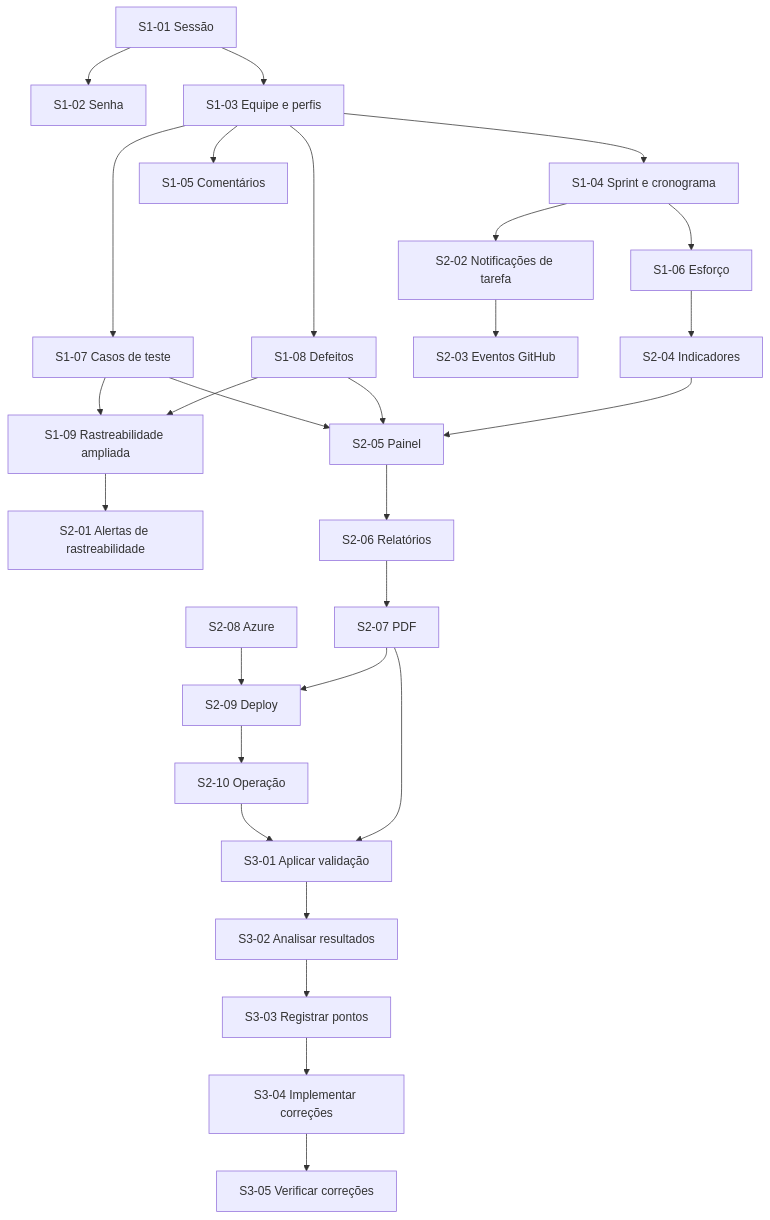
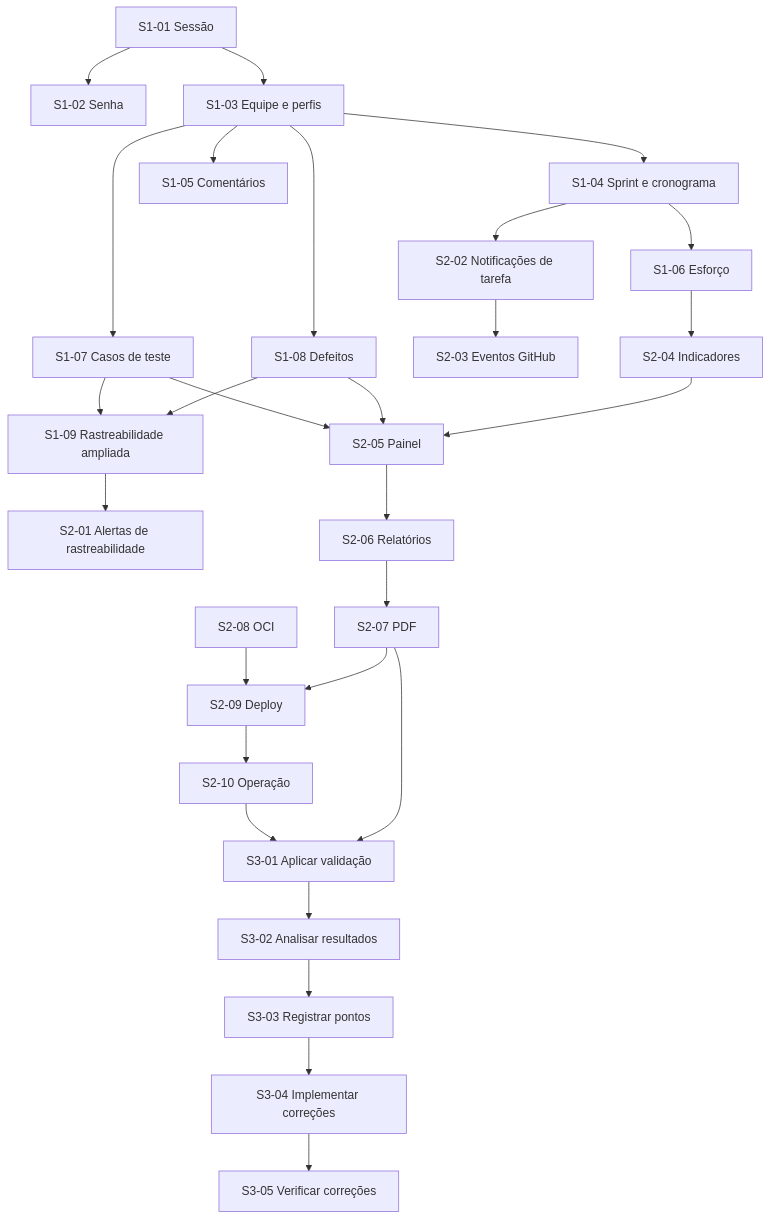
Before and after one commit to iYoNuttxD/Traceflow: the third of 3 diagrams in TRACEFLOW_ROADMAP_INCREMENTAL.md, drawn with Mermaid. The commit also changed other lines of this file, not shown here.

Commit message:
docs: substituir implantação Azure por OCI

````diff
--- a/TRACEFLOW_ROADMAP_INCREMENTAL.md
+++ b/TRACEFLOW_ROADMAP_INCREMENTAL.md
@@ -750,28 +757,28 @@
 ```mermaid
 flowchart TD
     A[S1-01 Sessão] --> B[S1-02 Senha]
     A --> C[S1-03 Equipe e perfis]
     C --> D[S1-04 Sprint e cronograma]
     C --> E[S1-05 Comentários]
     D --> F[S1-06 Esforço]
     C --> G[S1-07 Casos de teste]
     C --> H[S1-08 Defeitos]
     G --> I[S1-09 Rastreabilidade ampliada]
     H --> I
     I --> J[S2-01 Alertas de rastreabilidade]
     D --> K[S2-02 Notificações de tarefa]
     K --> L[S2-03 Eventos GitHub]
     F --> M[S2-04 Indicadores]
     G --> N[S2-05 Painel]
     H --> N
     M --> N --> O[S2-06 Relatórios] --> P[S2-07 PDF]
-    Q[S2-08 Azure] --> R[S2-09 Deploy]
+    Q[S2-08 OCI] --> R[S2-09 Deploy]
     R --> S[S2-10 Operação]
     P --> R
     S --> V[S3-01 Aplicar validação]
     P --> V
     V --> W[S3-02 Analisar resultados]
     W --> X[S3-03 Registrar pontos]
     X --> Y[S3-04 Implementar correções]
     Y --> Z[S3-05 Verificar correções]
 ```
````
